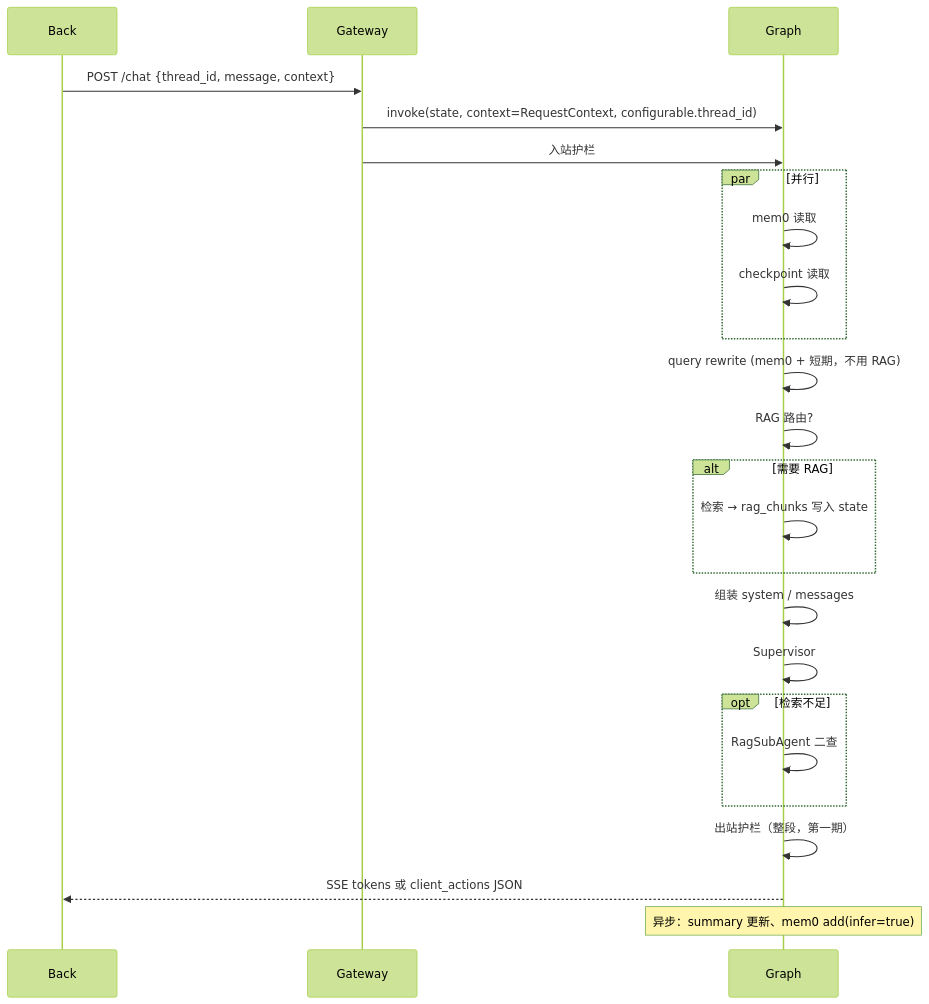
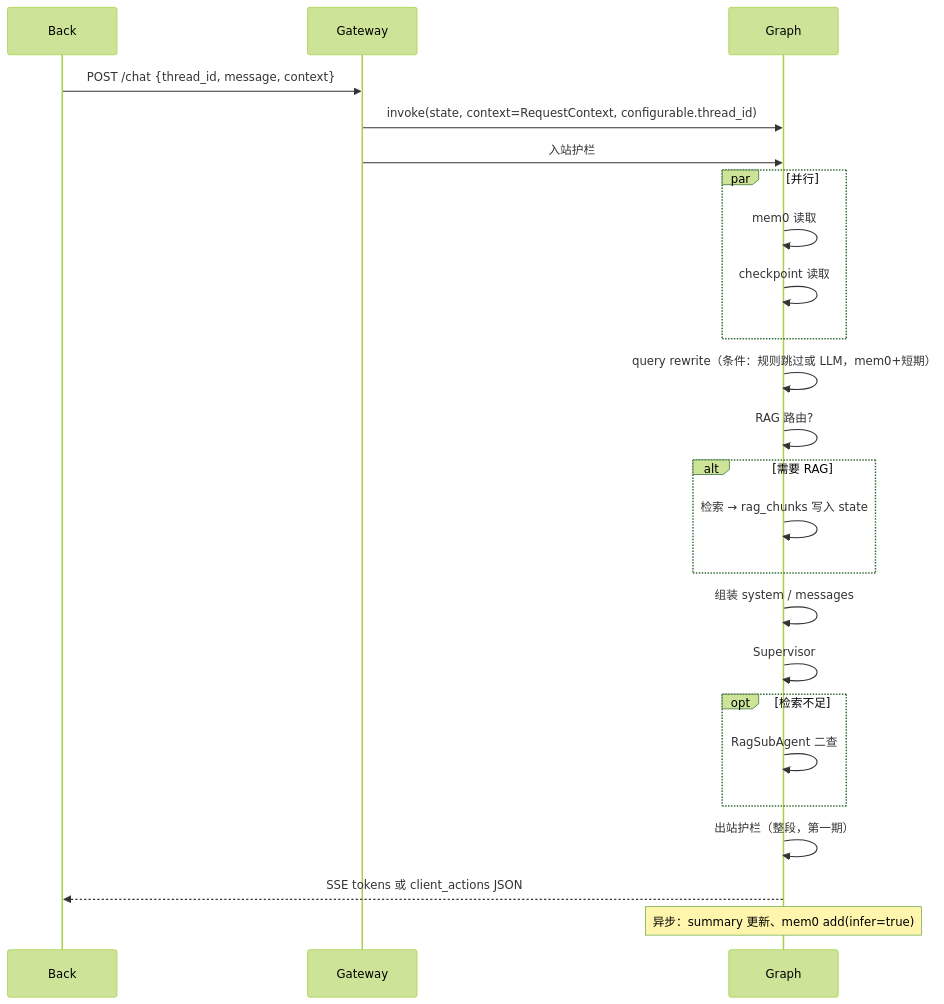
One commit to lrxCn/commonAgent changed the second of 2 diagrams in docs/architecture.md. Above: the diagram before and after it, drawn with Mermaid (forest theme). The commit also changed other lines of this file and 3 other files, not shown here.

````diff
--- a/docs/architecture.md
+++ b/docs/architecture.md
@@ -135,27 +135,27 @@
 ```mermaid
 sequenceDiagram
   participant Back
   participant GW as Gateway
   participant G as Graph
 
   Back->>GW: POST /chat {thread_id, message, context}
   GW->>G: invoke(state, context=RequestContext, configurable.thread_id)
   GW->>G: 入站护栏
   par 并行
     G->>G: mem0 读取
     G->>G: checkpoint 读取
   end
-  G->>G: query rewrite (mem0 + 短期，不用 RAG)
+  G->>G: query rewrite（条件：规则跳过或 LLM，mem0+短期）
   G->>G: RAG 路由?
   alt 需要 RAG
     G->>G: 检索 → rag_chunks 写入 state
   end
   G->>G: 组装 system / messages
   G->>G: Supervisor
   opt 检索不足
     G->>G: RagSubAgent 二查
   end
   G->>G: 出站护栏（整段，第一期）
   G-->>Back: SSE tokens 或 client_actions JSON
   Note over G: 异步：summary 更新、mem0 add(infer=true)
 ```
````
